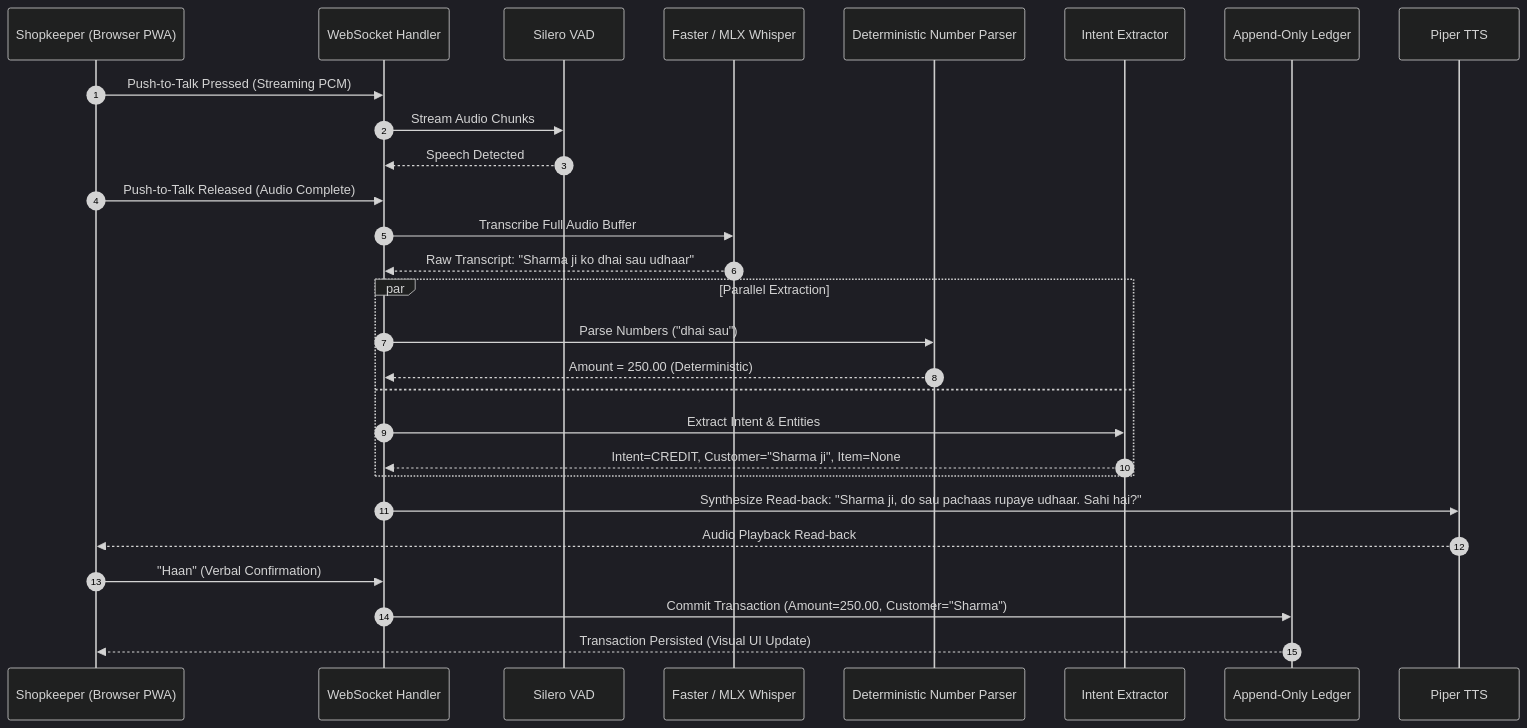
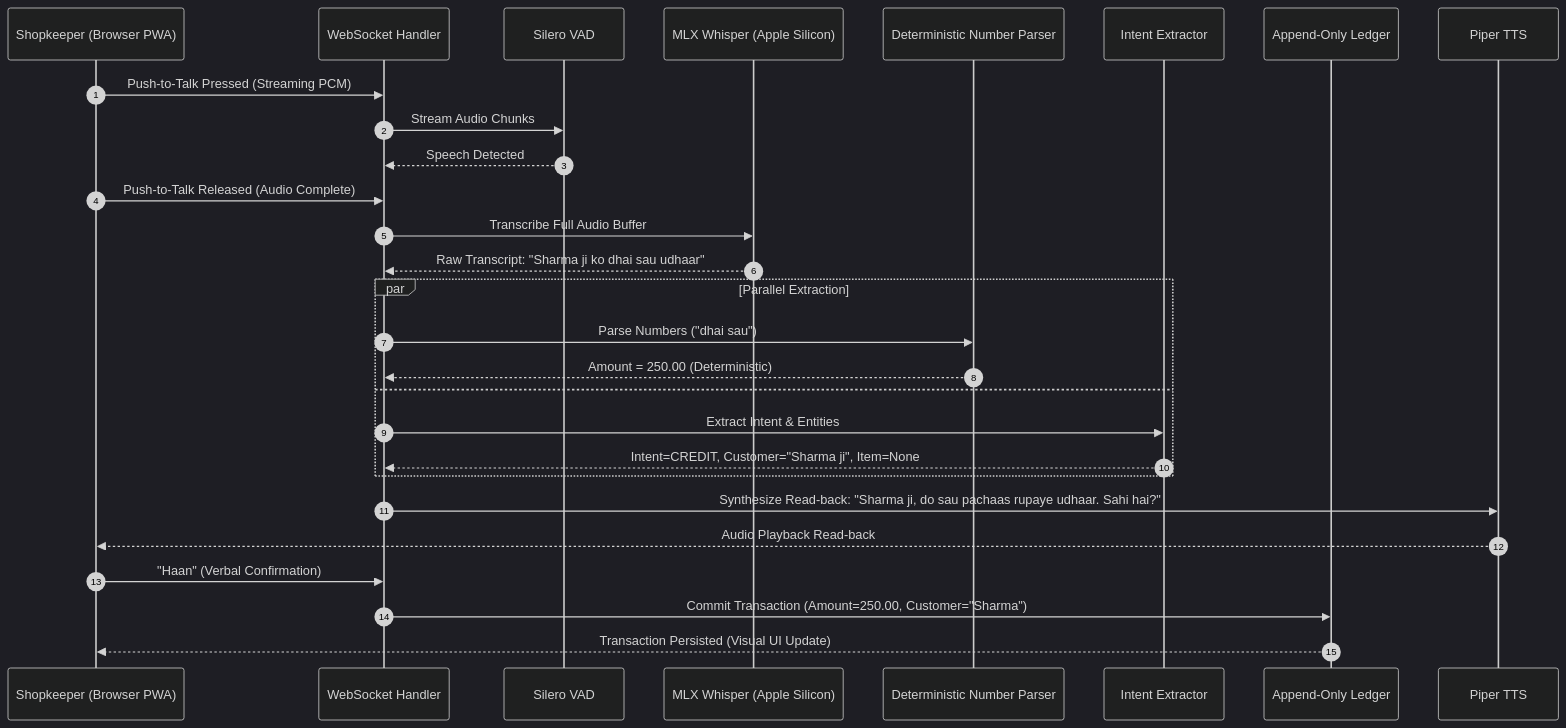
The fourth of 5 diagrams in docs/architecture-deep-dive.md (Ash052006/BolKhata), drawn with Mermaid (dark theme) before and after one commit. The commit also changed other lines of this file and 7 other files, not shown here.

Commit message:
feat(s1): implement MLX Whisper ASR provider

````diff
--- a/docs/architecture-deep-dive.md
+++ b/docs/architecture-deep-dive.md
@@ -397,34 +401,34 @@
 ```mermaid
 sequenceDiagram
     autonumber
     participant Merchant as Shopkeeper (Browser PWA)
     participant WS as WebSocket Handler
     participant VAD as Silero VAD
-    participant ASR as Faster / MLX Whisper
+    participant ASR as MLX Whisper (Apple Silicon)
     participant Parser as Deterministic Number Parser
     participant LLM as Intent Extractor
     participant Ledger as Append-Only Ledger
     participant TTS as Piper TTS
 
     Merchant->>WS: Push-to-Talk Pressed (Streaming PCM)
     WS->>VAD: Stream Audio Chunks
     VAD-->>WS: Speech Detected
     Merchant->>WS: Push-to-Talk Released (Audio Complete)
     WS->>ASR: Transcribe Full Audio Buffer
     ASR-->>WS: Raw Transcript: "Sharma ji ko dhai sau udhaar"
 
     par Parallel Extraction
         WS->>Parser: Parse Numbers ("dhai sau")
         Parser-->>WS: Amount = 250.00 (Deterministic)
     and
         WS->>LLM: Extract Intent & Entities
         LLM-->>WS: Intent=CREDIT, Customer="Sharma ji", Item=None
     end
 
     WS->>TTS: Synthesize Read-back: "Sharma ji, do sau pachaas rupaye udhaar. Sahi hai?"
     TTS-->>Merchant: Audio Playback Read-back
 
     Merchant->>WS: "Haan" (Verbal Confirmation)
     WS->>Ledger: Commit Transaction (Amount=250.00, Customer="Sharma")
     Ledger-->>Merchant: Transaction Persisted (Visual UI Update)
 ```
````
